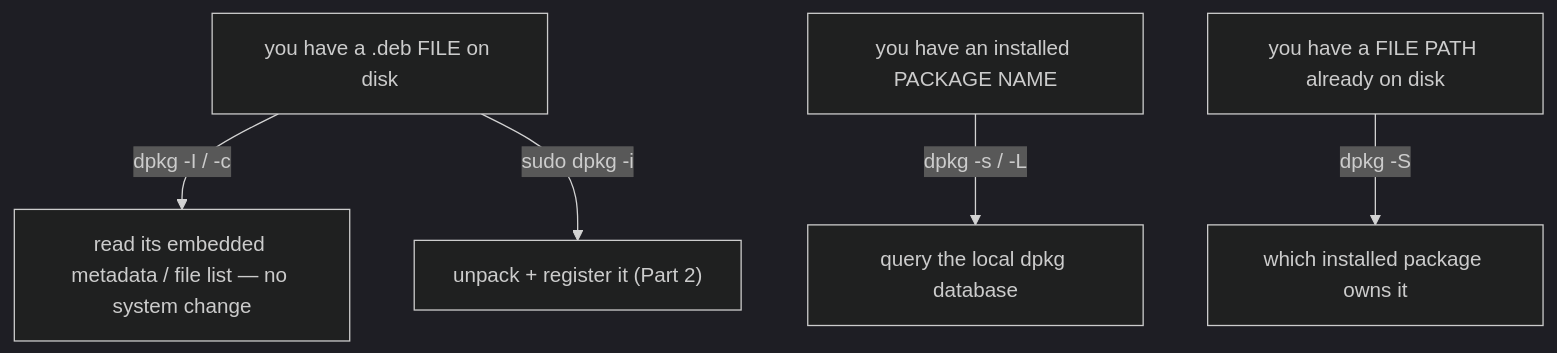
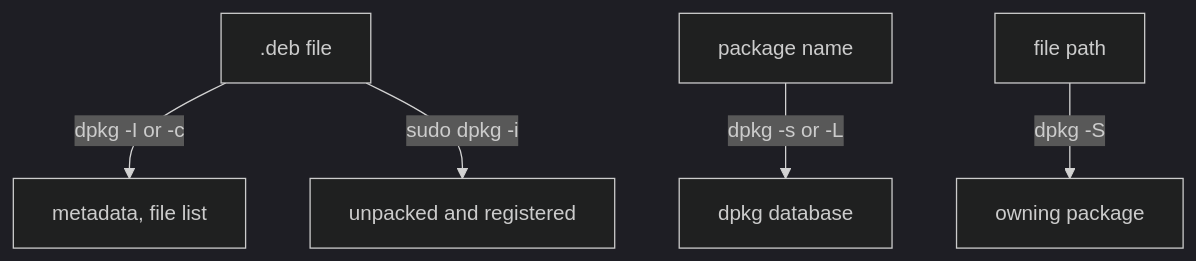
Before and after one commit to astrona-io/ATS002: the diagram in sections/section-050/module-02/course-01-dpkg-scope-and-inspecting-a-deb.md, drawn with Mermaid (dark theme). The commit also changed other lines of this file and 615 other files, not shown here.

````diff
--- a/sections/section-050/module-02/course-01-dpkg-scope-and-inspecting-a-deb.md
+++ b/sections/section-050/module-02/course-01-dpkg-scope-and-inspecting-a-deb.md
@@ -13,7 +11,7 @@
 ```mermaid
-flowchart TD
-    F["you have a .deb FILE on disk"] -->|dpkg -I / -c| FM["read its embedded metadata / file list — no system change"]
-    F -->|sudo dpkg -i| INS["unpack + register it (Part 2)"]
-    N["you have an installed PACKAGE NAME"] -->|dpkg -s / -L| NM["query the local dpkg database"]
-    P["you have a FILE PATH already on disk"] -->|dpkg -S| SR["which installed package owns it"]
+flowchart TB
+    F[".deb file"] -->|"dpkg -I or -c"| FM["metadata, file list"]
+    F -->|"sudo dpkg -i"| INS["unpacked and registered"]
+    N["package name"] -->|"dpkg -s or -L"| NM["dpkg database"]
+    P["file path"] -->|"dpkg -S"| SR["owning package"]
 ```
````
